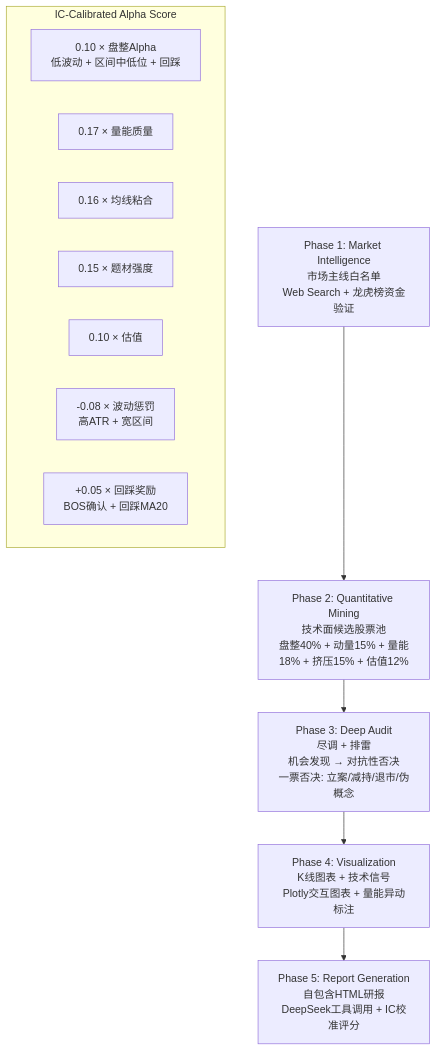
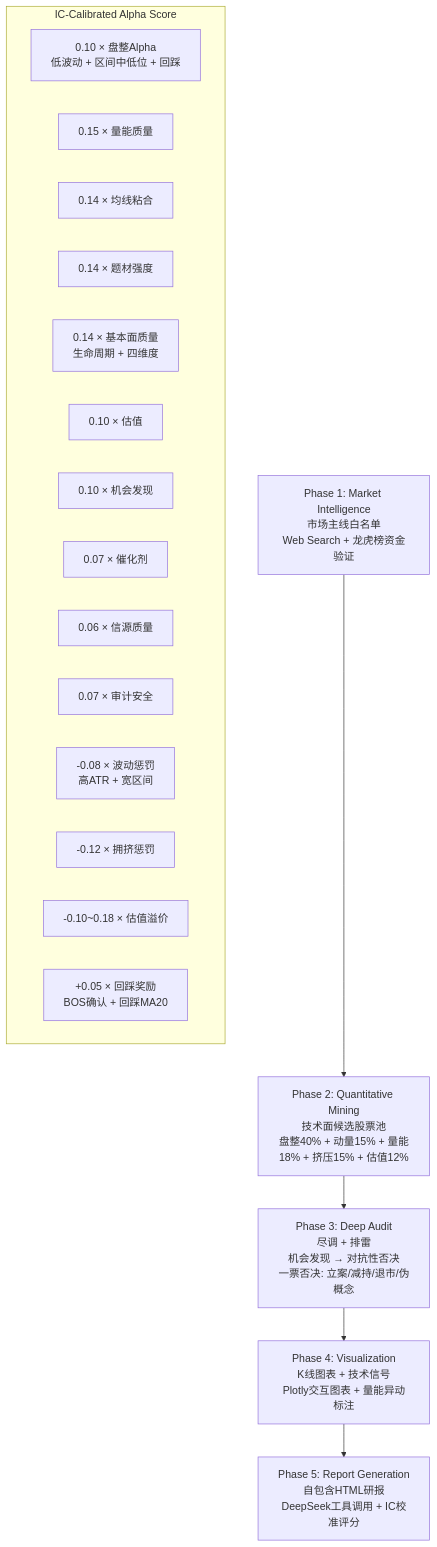
The diagram in README.md (hb4ch/trend-agent), drawn with Mermaid before and after one commit. The commit also changed other lines of this file and 12 other files, not shown here.

````diff
--- a/README.md
+++ b/README.md
@@ -68,20 +68,27 @@
 ```mermaid
 flowchart TD
     P1["Phase 1: Market Intelligence<br/>市场主线白名单<br/>Web Search + 龙虎榜资金验证"]
     P2["Phase 2: Quantitative Mining<br/>技术面候选股票池<br/>盘整40% + 动量15% + 量能18% + 挤压15% + 估值12%"]
     P3["Phase 3: Deep Audit<br/>尽调 + 排雷<br/>机会发现 → 对抗性否决<br/>一票否决: 立案/减持/退市/伪概念"]
     P4["Phase 4: Visualization<br/>K线图表 + 技术信号<br/>Plotly交互图表 + 量能异动标注"]
     P5["Phase 5: Report Generation<br/>自包含HTML研报<br/>DeepSeek工具调用 + IC校准评分"]
 
     P1 --> P2 --> P3 --> P4 --> P5
 
     subgraph "IC-Calibrated Alpha Score"
         CA["0.10 × 盘整Alpha<br/>低波动 + 区间中低位 + 回踩"]
-        VQ["0.17 × 量能质量"]
-        MC["0.16 × 均线粘合"]
-        TS["0.15 × 题材强度"]
+        VQ["0.15 × 量能质量"]
+        MC["0.14 × 均线粘合"]
+        TS["0.14 × 题材强度"]
+        FQ["0.14 × 基本面质量<br/>生命周期 + 四维度"]
         VA["0.10 × 估值"]
+        FS["0.10 × 机会发现"]
+        CS["0.07 × 催化剂"]
+        SQ["0.06 × 信源质量"]
+        AS["0.07 × 审计安全"]
         VP["-0.08 × 波动惩罚<br/>高ATR + 宽区间"]
+        OP["-0.12 × 拥挤惩罚"]
+        VS["-0.10~0.18 × 估值溢价"]
         PR["+0.05 × 回踩奖励<br/>BOS确认 + 回踩MA20"]
     end
 ```
````
